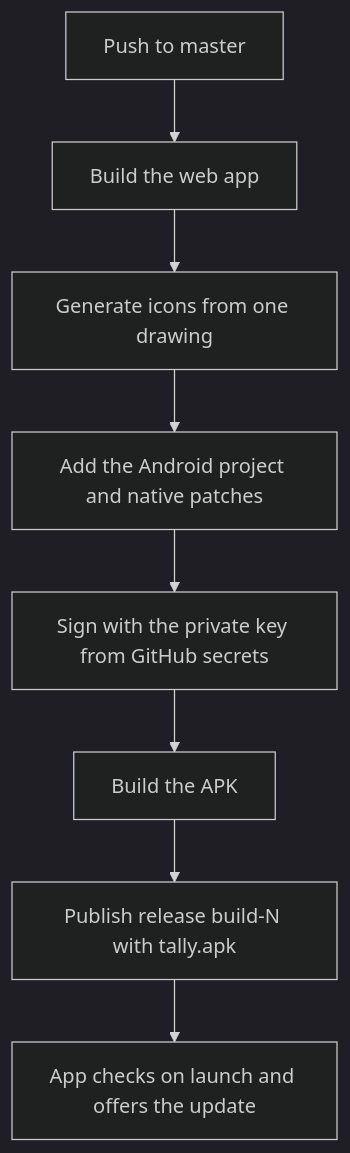
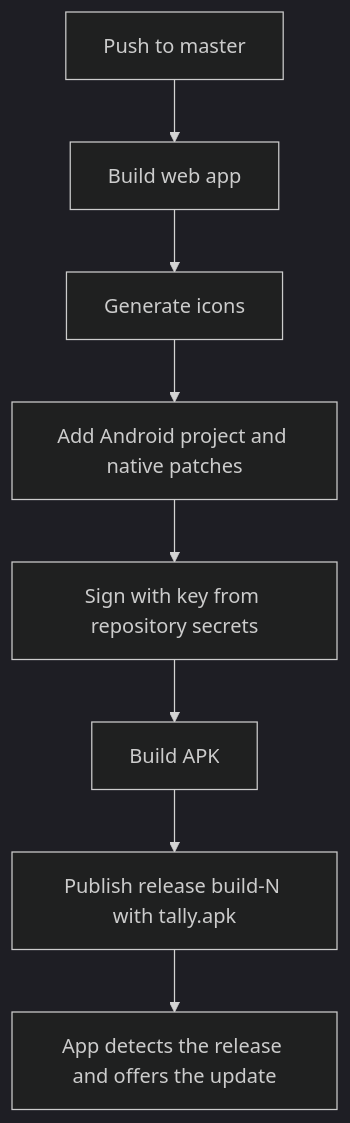
Before and after one commit to byteghst/Tally-Exam-Tracker-V01-Upgraded-: the diagram in README.md, drawn with Mermaid (dark theme). The commit also changed other lines of this file, not shown here.

````diff
--- a/README.md
+++ b/README.md
@@ -162,10 +175,10 @@
 ```mermaid
 flowchart TD
-  A["Push to master"] --> B["Build the web app"]
-  B --> C["Generate icons from one drawing"]
-  C --> D["Add the Android project and native patches"]
-  D --> E["Sign with the private key from GitHub secrets"]
-  E --> F["Build the APK"]
+  A["Push to master"] --> B["Build web app"]
+  B --> C["Generate icons"]
+  C --> D["Add Android project and native patches"]
+  D --> E["Sign with key from repository secrets"]
+  E --> F["Build APK"]
   F --> G["Publish release build-N with tally.apk"]
-  G --> H["App checks on launch and offers the update"]
+  G --> H["App detects the release and offers the update"]
 ```
````
